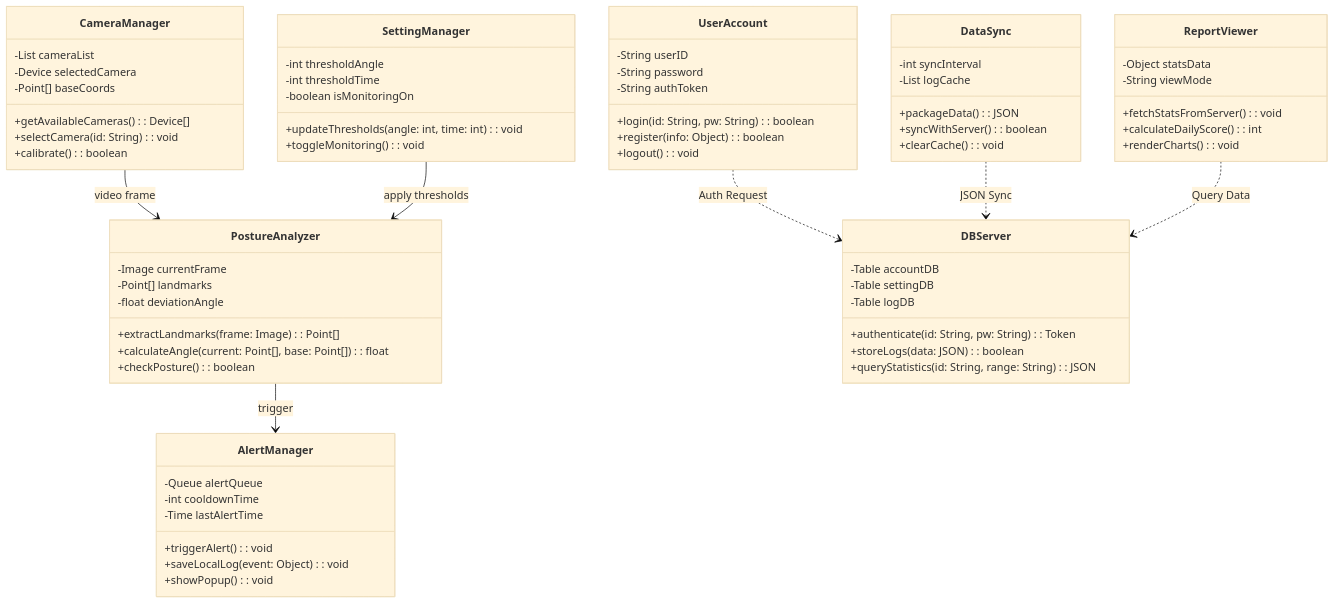
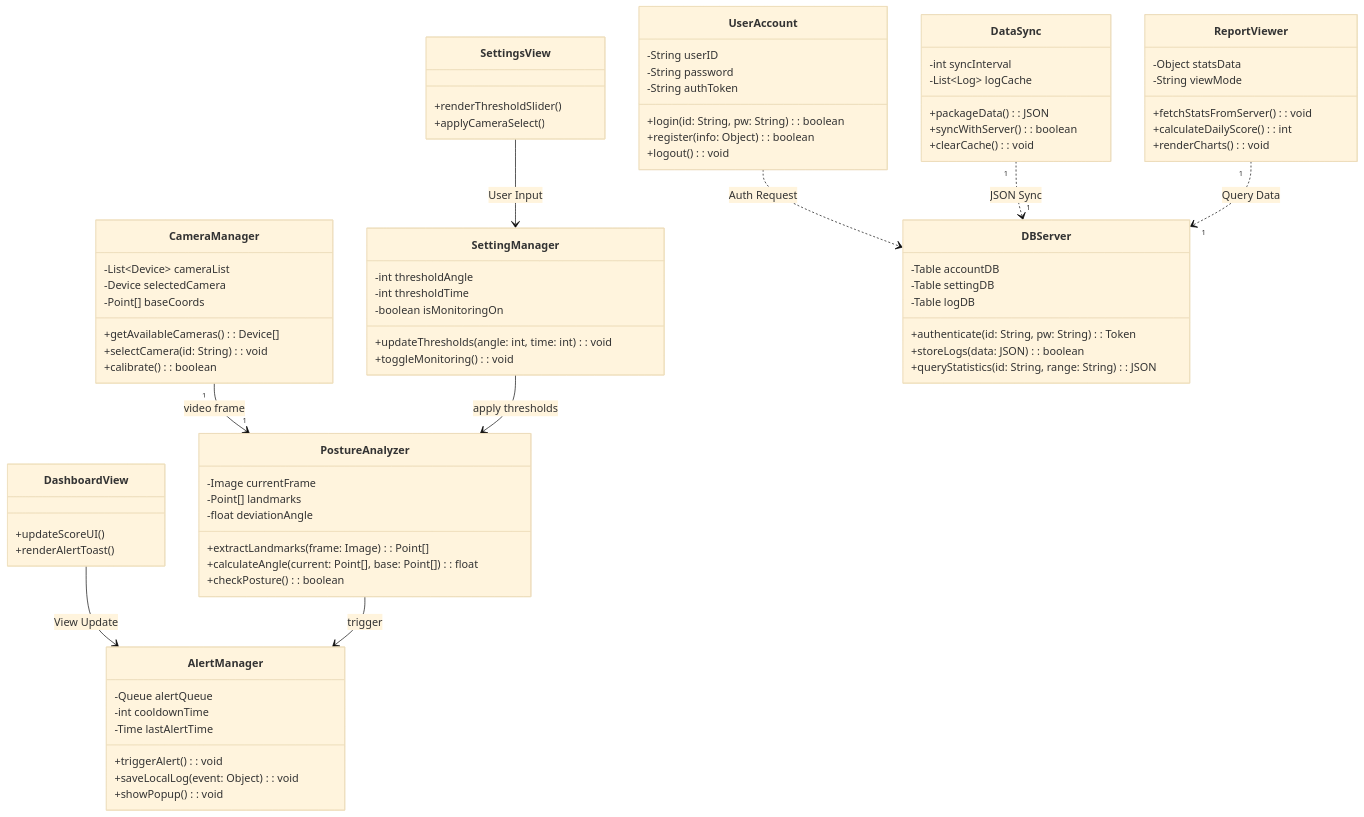
Before and after one commit to wjsehd/Posture-Guardian-Project: the first of 5 diagrams in Design_[22313532_전동규].md, drawn with Mermaid (base theme). The commit also changed other lines of this file, not shown here.

````diff
--- a/Design_[22313532_전동규].md
+++ b/Design_[22313532_전동규].md
@@ -52,71 +53,81 @@
 ```mermaid
 classDiagram
+    class DashboardView {
+        +updateScoreUI()
+        +renderAlertToast()
+    }
+    class SettingsView {
+        +renderThresholdSlider()
+        +applyCameraSelect()
+    }
     class UserAccount {
         -String userID
         -String password
         -String authToken
         +login(id: String, pw: String): boolean
         +register(info: Object): boolean
         +logout(): void
     }
     class CameraManager {
-        -List cameraList
+        -List~Device~ cameraList
         -Device selectedCamera
         -Point[] baseCoords
         +getAvailableCameras(): Device[]
         +selectCamera(id: String): void
         +calibrate(): boolean
     }
     class SettingManager {
         -int thresholdAngle
         -int thresholdTime
         -boolean isMonitoringOn
         +updateThresholds(angle: int, time: int): void
         +toggleMonitoring(): void
     }
     class PostureAnalyzer {
         -Image currentFrame
         -Point[] landmarks
         -float deviationAngle
         +extractLandmarks(frame: Image): Point[]
         +calculateAngle(current: Point[], base: Point[]): float
         +checkPosture(): boolean
     }
     class AlertManager {
         -Queue alertQueue
         -int cooldownTime
         -Time lastAlertTime
         +triggerAlert(): void
         +saveLocalLog(event: Object): void
         +showPopup(): void
     }
     class DataSync {
         -int syncInterval
-        -List logCache
+        -List~Log~ logCache
         +packageData(): JSON
         +syncWithServer(): boolean
         +clearCache(): void
     }
     class ReportViewer {
         -Object statsData
         -String viewMode
         +fetchStatsFromServer(): void
         +calculateDailyScore(): int
         +renderCharts(): void
     }
     class DBServer {
         -Table accountDB
         -Table settingDB
         -Table logDB
         +authenticate(id: String, pw: String): Token
         +storeLogs(data: JSON): boolean
         +queryStatistics(id: String, range: String): JSON
     }
 
+    DashboardView --> AlertManager : View Update
+    SettingsView --> SettingManager : User Input
     UserAccount ..> DBServer : Auth Request
-    DataSync ..> DBServer : JSON Sync
-    ReportViewer ..> DBServer : Query Data
-    CameraManager --> PostureAnalyzer : video frame
+    DataSync "1" ..> "1" DBServer : JSON Sync
+    ReportViewer "1" ..> "1" DBServer : Query Data
+    CameraManager "1" --> "1" PostureAnalyzer : video frame
     PostureAnalyzer --> AlertManager : trigger
     SettingManager --> PostureAnalyzer : apply thresholds
 ```
````
